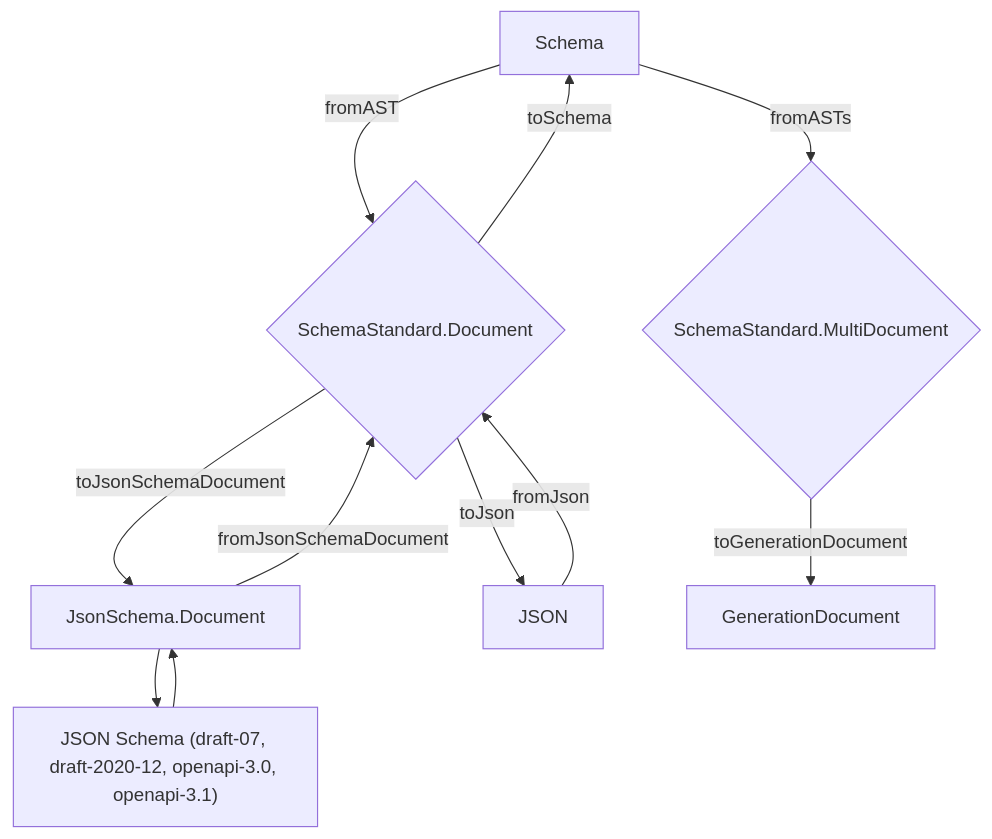
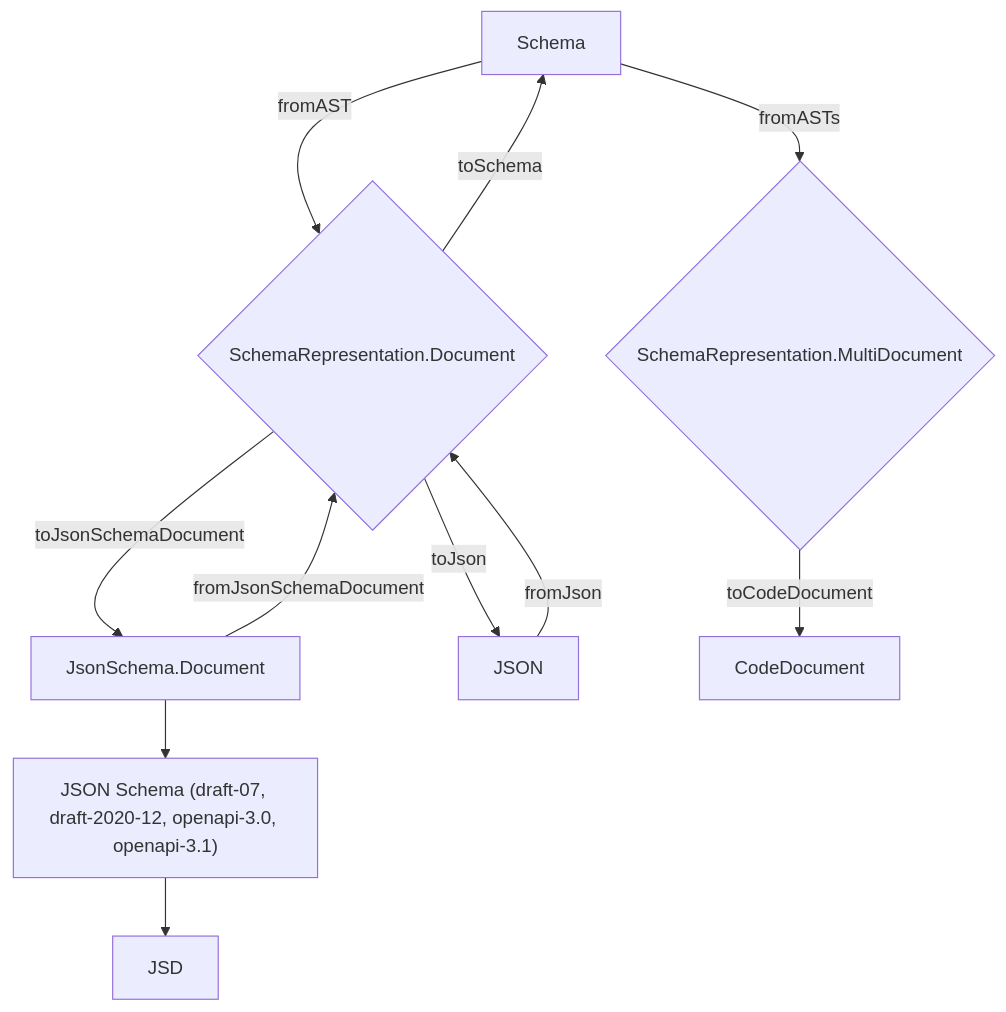
The third of 3 diagrams in packages/effect/SCHEMA.md (suddenlyGiovanni/effect-smol), drawn with Mermaid before and after one commit. The commit also changed other lines of this file and 13 other files, not shown here.

Commit message:
rename to SchemaRepresentation (#878)

````diff
--- a/packages/effect/SCHEMA.md
+++ b/packages/effect/SCHEMA.md
@@ -609,13 +617,13 @@
 ```mermaid
 flowchart TD
-    Schema -->|fromAST|SSD{"SchemaStandard.Document"}
-    Schema -->|fromASTs|SSMD{"SchemaStandard.MultiDocument"}
-    JS["JSON Schema (draft-07, draft-2020-12, openapi-3.0, openapi-3.1)"] -->NJS
-    NJS --> JS
-    NJS["JsonSchema.Document"] -->|fromJsonSchemaDocument|SSD
-    SSD --> |toJson|JSON
-    JSON --> |fromJson|SSD
-    SSD --> |toJsonSchemaDocument|NJS
-    SSD --> |toSchema|Schema
-    SSMD --> |toGenerationDocument|GenerationDocument["GenerationDocument"]
+    S[Schema] -->|fromAST|D{"SchemaRepresentation.Document"}
+    S -->|fromASTs|MD{"SchemaRepresentation.MultiDocument"}
+    JS["JSON Schema (draft-07, draft-2020-12, openapi-3.0, openapi-3.1)"] -->JSD
+    JD --> JS
+    JD["JsonSchema.Document"] -->|fromJsonSchemaDocument|D
+    D --> |toJson|JSON
+    JSON --> |fromJson|D
+    D --> |toJsonSchemaDocument|JD
+    D --> |toSchema|S
+    MD --> |toCodeDocument|CodeDocument["CodeDocument"]
 ```
````
